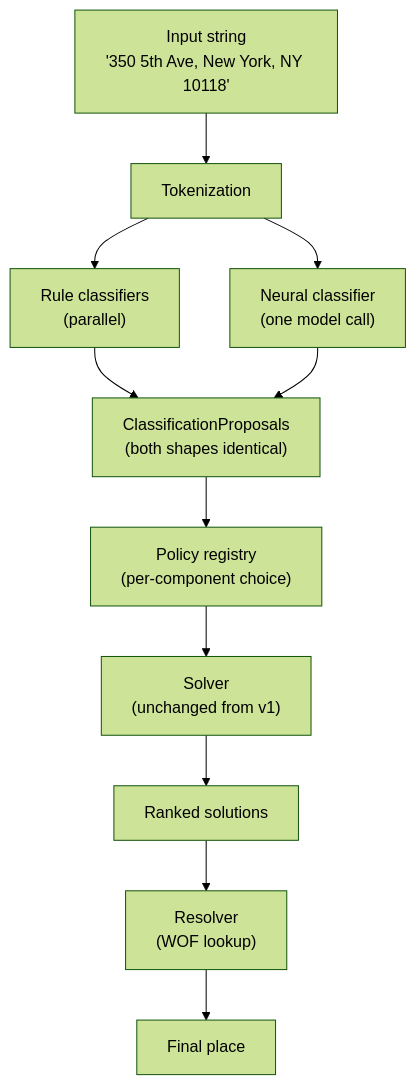
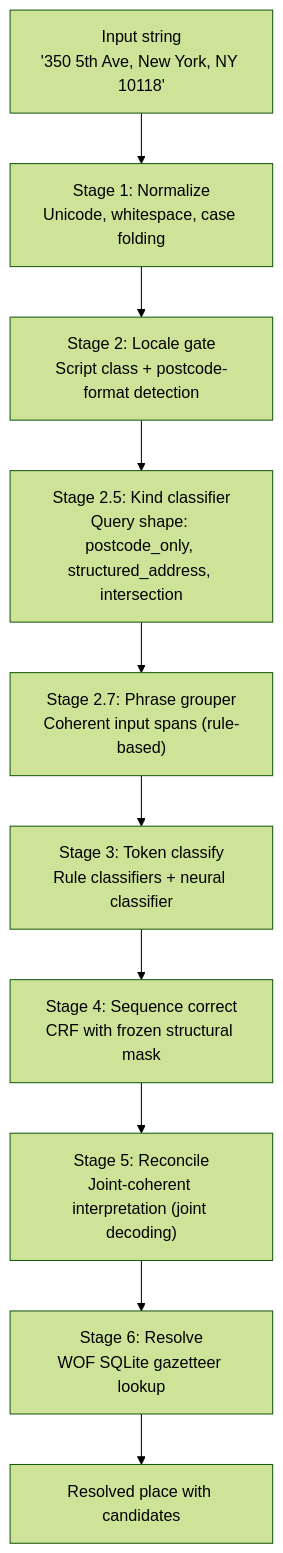
The diagram in docs/articles/understanding/how-it-works-now.md (sister-software/mailwoman), drawn with Mermaid (forest theme) before and after one commit. The commit also changed other lines of this file and 16 other files, not shown here.

````diff
--- a/docs/articles/understanding/how-it-works-now.md
+++ b/docs/articles/understanding/how-it-works-now.md
@@ -14,14 +14,13 @@
 ```mermaid
 flowchart TD
     A["Input string<br>'350 5th Ave, New York, NY 10118'"]
-    A --> T["Tokenization"]
-    T --> R["Rule classifiers<br>(parallel)"]
-    T --> N["Neural classifier<br>(one model call)"]
-    R --> P["ClassificationProposals<br>(both shapes identical)"]
-    N --> P
-    P --> POL["Policy registry<br>(per-component choice)"]
-    POL --> S["Solver<br>(unchanged from v1)"]
-    S --> O["Ranked solutions"]
-    O --> RES["Resolver<br>(WOF lookup)"]
-    RES --> F["Final place"]
+    A --> S1["Stage 1: Normalize<br>Unicode, whitespace, case folding"]
+    S1 --> S2["Stage 2: Locale gate<br>Script class + postcode-format detection"]
+    S2 --> S25["Stage 2.5: Kind classifier<br>Query shape: postcode_only, structured_address, intersection"]
+    S25 --> S27["Stage 2.7: Phrase grouper<br>Coherent input spans (rule-based)"]
+    S27 --> S3["Stage 3: Token classify<br>Rule classifiers + neural classifier"]
+    S3 --> S4["Stage 4: Sequence correct<br>CRF with frozen structural mask"]
+    S4 --> S5["Stage 5: Reconcile<br>Joint-coherent interpretation (joint decoding)"]
+    S5 --> S6["Stage 6: Resolve<br>WOF SQLite gazetteer lookup"]
+    S6 --> F["Resolved place with candidates"]
 ```
````
